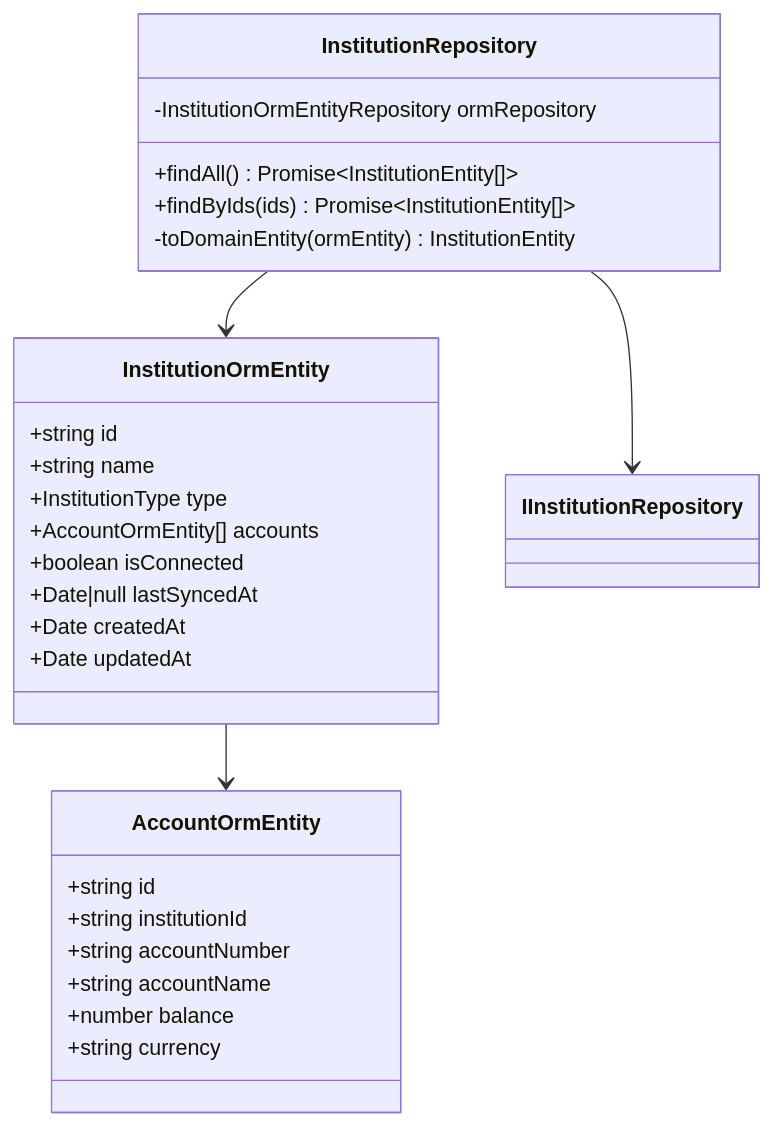
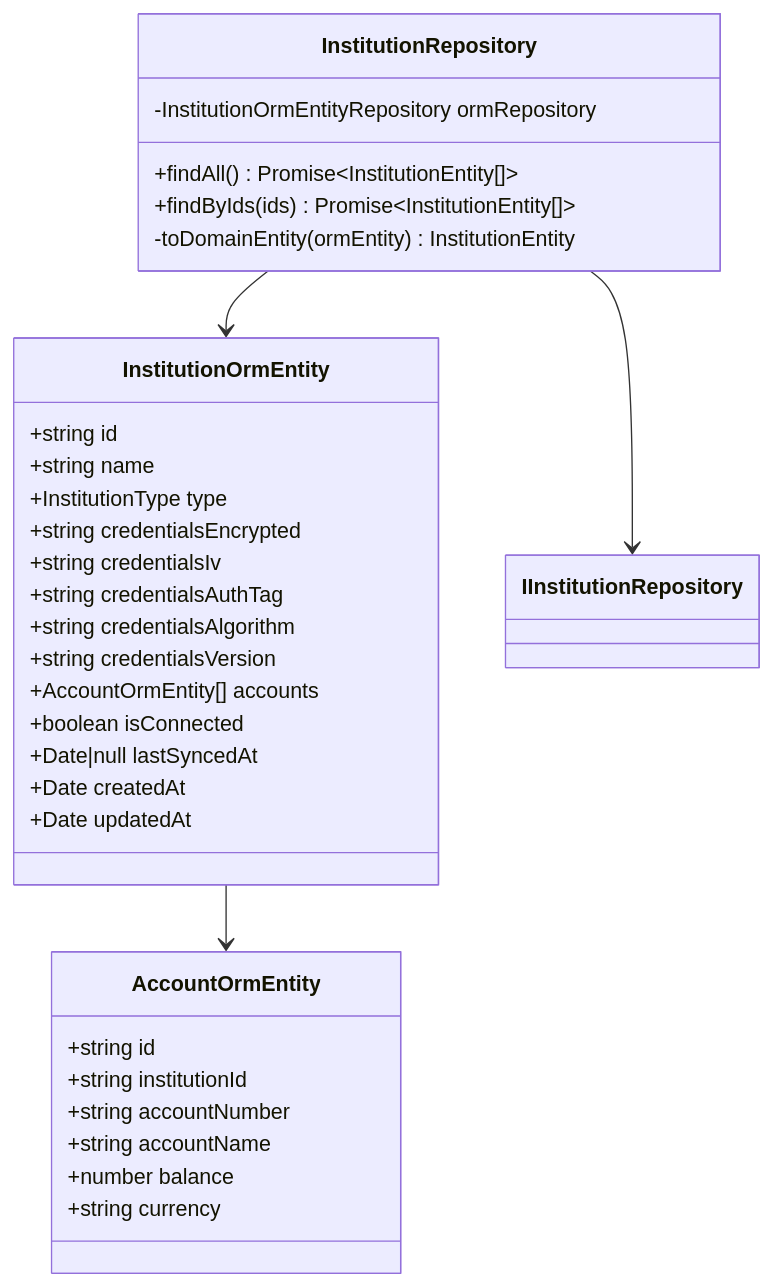
Before and after one commit to kencom2400/account-book: the third of 5 diagrams in docs/detailed-design/FR-026_institution-asset-balance/class-diagrams.md, drawn with Mermaid. The commit also changed other lines of this file and 3 other files, not shown here.

````diff
--- a/docs/detailed-design/FR-026_institution-asset-balance/class-diagrams.md
+++ b/docs/detailed-design/FR-026_institution-asset-balance/class-diagrams.md
@@ -151,33 +162,38 @@
 ```mermaid
 classDiagram
     class InstitutionRepository {
         -InstitutionOrmEntityRepository ormRepository
         +findAll() Promise~InstitutionEntity[]~
         +findByIds(ids) Promise~InstitutionEntity[]~
         -toDomainEntity(ormEntity) InstitutionEntity
     }
 
     class InstitutionOrmEntity {
         +string id
         +string name
         +InstitutionType type
+        +string credentialsEncrypted
+        +string credentialsIv
+        +string credentialsAuthTag
+        +string credentialsAlgorithm
+        +string credentialsVersion
         +AccountOrmEntity[] accounts
         +boolean isConnected
         +Date|null lastSyncedAt
         +Date createdAt
         +Date updatedAt
     }
 
     class AccountOrmEntity {
         +string id
         +string institutionId
         +string accountNumber
         +string accountName
         +number balance
         +string currency
     }
 
     InstitutionRepository --> IInstitutionRepository
     InstitutionRepository --> InstitutionOrmEntity
     InstitutionOrmEntity --> AccountOrmEntity
 ```
````
